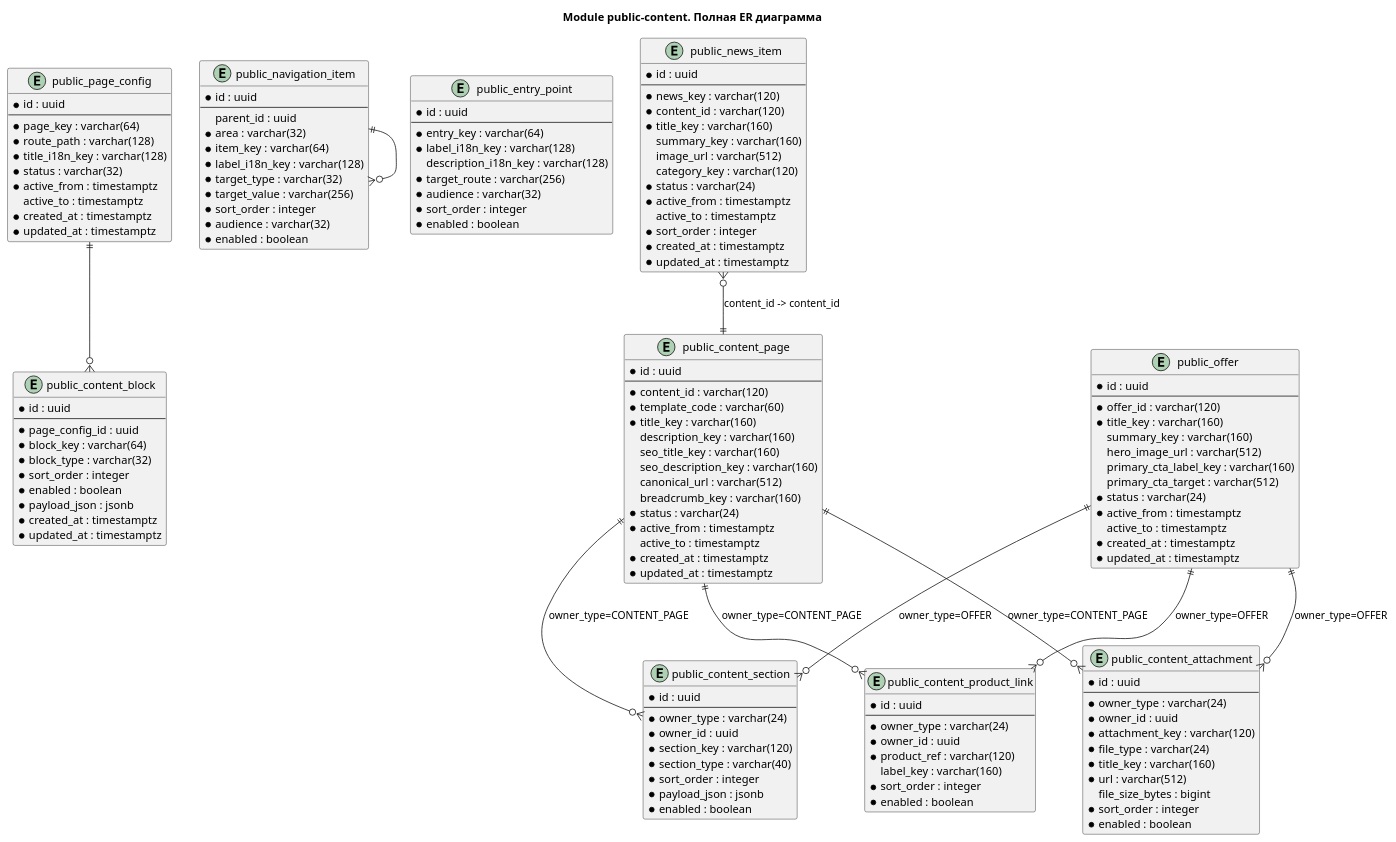
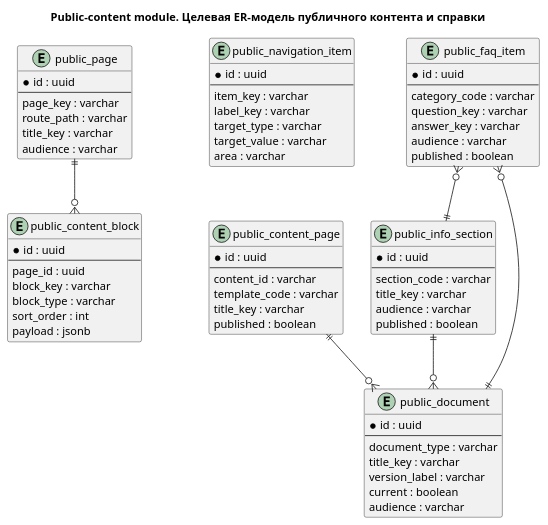
The diagram in agents/analytics/sa/modules/module_public-content/module_er_diagram.plantuml (alextaralexander/ai_ori_test), drawn with PlantUML before and after one commit. The commit also changed 51 other files, not shown here.

```diff
--- a/agents/analytics/sa/modules/module_public-content/module_er_diagram.plantuml
+++ b/agents/analytics/sa/modules/module_public-content/module_er_diagram.plantuml
@@ -1,153 +1,76 @@
 @startuml
-title Module public-content. Полная ER диаграмма
+title Public-content module. Целевая ER-модель публичного контента и справки
 
-entity public_page_config {
+entity public_page {
   * id : uuid
   --
-  * page_key : varchar(64)
-  * route_path : varchar(128)
-  * title_i18n_key : varchar(128)
-  * status : varchar(32)
-  * active_from : timestamptz
-  active_to : timestamptz
-  * created_at : timestamptz
-  * updated_at : timestamptz
+  page_key : varchar
+  route_path : varchar
+  title_key : varchar
+  audience : varchar
 }
 
 entity public_content_block {
   * id : uuid
   --
-  * page_config_id : uuid
-  * block_key : varchar(64)
-  * block_type : varchar(32)
-  * sort_order : integer
-  * enabled : boolean
-  * payload_json : jsonb
-  * created_at : timestamptz
-  * updated_at : timestamptz
+  page_id : uuid
+  block_key : varchar
+  block_type : varchar
+  sort_order : int
+  payload : jsonb
 }
 
 entity public_navigation_item {
   * id : uuid
   --
-  parent_id : uuid
-  * area : varchar(32)
-  * item_key : varchar(64)
-  * label_i18n_key : varchar(128)
-  * target_type : varchar(32)
-  * target_value : varchar(256)
-  * sort_order : integer
-  * audience : varchar(32)
-  * enabled : boolean
-}
-
-entity public_entry_point {
-  * id : uuid
-  --
-  * entry_key : varchar(64)
-  * label_i18n_key : varchar(128)
-  description_i18n_key : varchar(128)
-  * target_route : varchar(256)
-  * audience : varchar(32)
-  * sort_order : integer
-  * enabled : boolean
-}
-
-entity public_news_item {
-  * id : uuid
-  --
-  * news_key : varchar(120)
-  * content_id : varchar(120)
-  * title_key : varchar(160)
-  summary_key : varchar(160)
-  image_url : varchar(512)
-  category_key : varchar(120)
-  * status : varchar(24)
-  * active_from : timestamptz
-  active_to : timestamptz
-  * sort_order : integer
-  * created_at : timestamptz
-  * updated_at : timestamptz
+  item_key : varchar
+  label_key : varchar
+  target_type : varchar
+  target_value : varchar
+  area : varchar
 }
 
 entity public_content_page {
   * id : uuid
   --
-  * content_id : varchar(120)
-  * template_code : varchar(60)
-  * title_key : varchar(160)
-  description_key : varchar(160)
-  seo_title_key : varchar(160)
-  seo_description_key : varchar(160)
-  canonical_url : varchar(512)
-  breadcrumb_key : varchar(160)
-  * status : varchar(24)
-  * active_from : timestamptz
-  active_to : timestamptz
-  * created_at : timestamptz
-  * updated_at : timestamptz
+  content_id : varchar
+  template_code : varchar
+  title_key : varchar
+  published : boolean
 }
 
-entity public_offer {
+entity public_faq_item {
   * id : uuid
   --
-  * offer_id : varchar(120)
-  * title_key : varchar(160)
-  summary_key : varchar(160)
-  hero_image_url : varchar(512)
-  primary_cta_label_key : varchar(160)
-  primary_cta_target : varchar(512)
-  * status : varchar(24)
-  * active_from : timestamptz
-  active_to : timestamptz
-  * created_at : timestamptz
-  * updated_at : timestamptz
+  category_code : varchar
+  question_key : varchar
+  answer_key : varchar
+  audience : varchar
+  published : boolean
 }
 
-entity public_content_section {
+entity public_info_section {
   * id : uuid
   --
-  * owner_type : varchar(24)
-  * owner_id : uuid
-  * section_key : varchar(120)
-  * section_type : varchar(40)
-  * sort_order : integer
-  * payload_json : jsonb
-  * enabled : boolean
+  section_code : varchar
+  title_key : varchar
+  audience : varchar
+  published : boolean
 }
 
-entity public_content_attachment {
+entity public_document {
   * id : uuid
   --
-  * owner_type : varchar(24)
-  * owner_id : uuid
-  * attachment_key : varchar(120)
-  * file_type : varchar(24)
-  * title_key : varchar(160)
-  * url : varchar(512)
-  file_size_bytes : bigint
-  * sort_order : integer
-  * enabled : boolean
+  document_type : varchar
+  title_key : varchar
+  version_label : varchar
+  current : boolean
+  audience : varchar
 }
 
-entity public_content_product_link {
-  * id : uuid
-  --
-  * owner_type : varchar(24)
-  * owner_id : uuid
-  * product_ref : varchar(120)
-  label_key : varchar(160)
-  * sort_order : integer
-  * enabled : boolean
-}
-
-public_page_config ||--o{ public_content_block
-public_navigation_item ||--o{ public_navigation_item
-public_news_item }o--|| public_content_page : "content_id -> content_id"
-public_content_page ||--o{ public_content_section : "owner_type=CONTENT_PAGE"
-public_offer ||--o{ public_content_section : "owner_type=OFFER"
-public_content_page ||--o{ public_content_attachment : "owner_type=CONTENT_PAGE"
-public_offer ||--o{ public_content_attachment : "owner_type=OFFER"
-public_content_page ||--o{ public_content_product_link : "owner_type=CONTENT_PAGE"
-public_offer ||--o{ public_content_product_link : "owner_type=OFFER"
+public_page ||--o{ public_content_block
+public_content_page ||--o{ public_document
+public_info_section ||--o{ public_document
+public_faq_item }o--|| public_info_section
+public_faq_item }o--|| public_document
 @enduml
```
